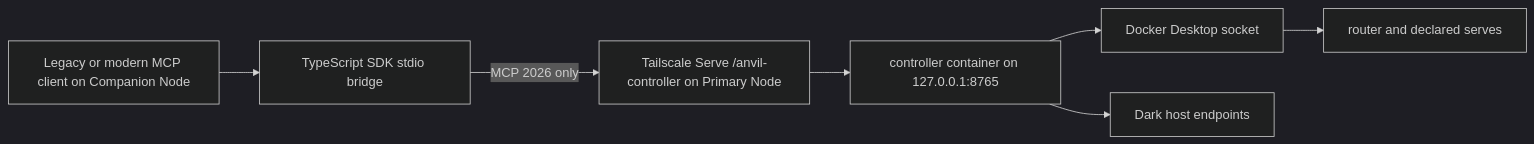
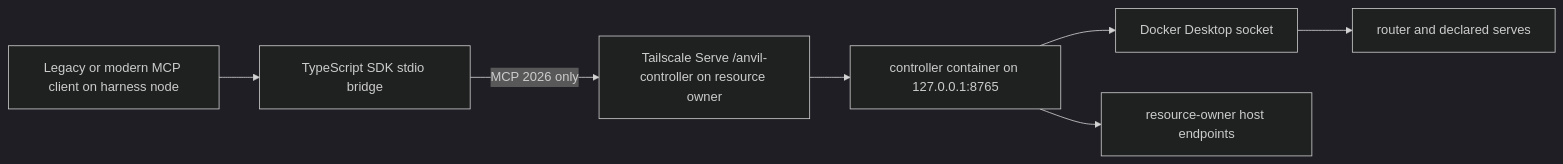
Before and after one commit to fakoli/anvil-serving: the second of 4 diagrams in docs/ARCHITECTURE.md, drawn with Mermaid (dark theme). The commit also changed other lines of this file and 11 other files, not shown here.

````diff
--- a/docs/ARCHITECTURE.md
+++ b/docs/ARCHITECTURE.md
@@ -117,9 +128,9 @@
 ```mermaid
 flowchart LR
-    O["Legacy or modern MCP client on Companion Node"] --> P["TypeScript SDK stdio bridge"]
-    P -->|"MCP 2026 only"| T["Tailscale Serve /anvil-controller on Primary Node"]
+    O["Legacy or modern MCP client on harness node"] --> P["TypeScript SDK stdio bridge"]
+    P -->|"MCP 2026 only"| T["Tailscale Serve /anvil-controller on resource owner"]
     T --> C["controller container on 127.0.0.1:8765"]
     C --> D["Docker Desktop socket"]
-    C --> H["Dark host endpoints"]
+    C --> H["resource-owner host endpoints"]
     D --> S["router and declared serves"]
 ```
````
